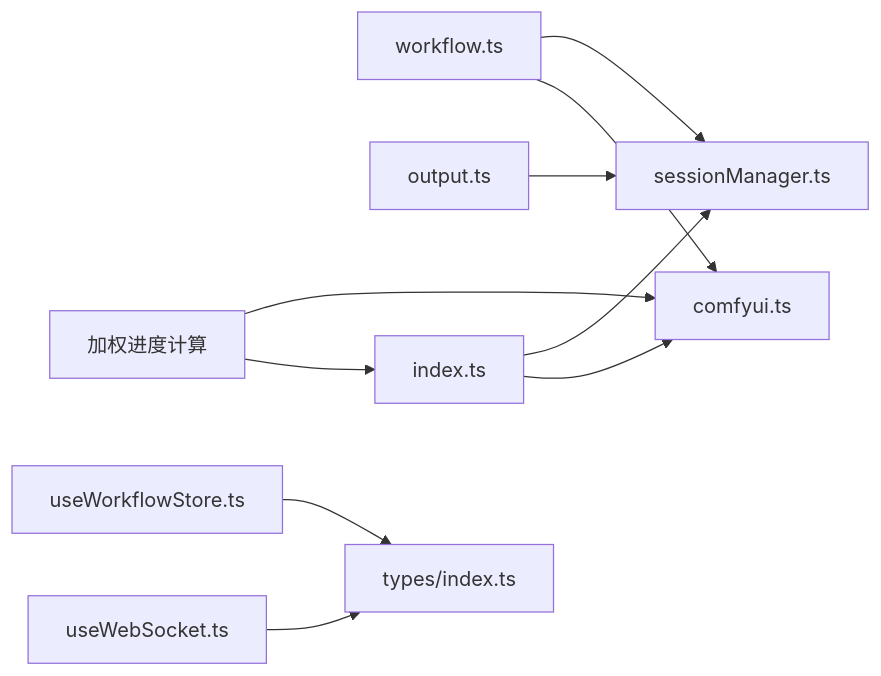
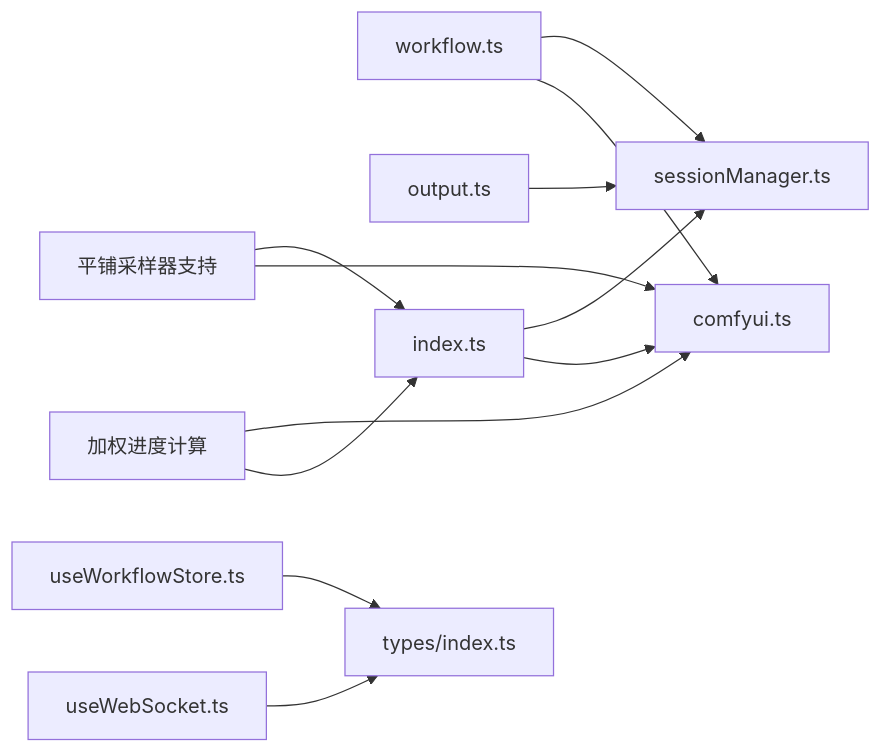
One commit to billye220670/CorineKit_Pix2Real changed the sixth of 6 diagrams in .qoder/repowiki/zh/content/后端服务/ComfyUI 集成.md. Above: the diagram before and after it, drawn with Mermaid. The commit also changed other lines of this file and 73 other files, not shown here.

````diff
--- a/.qoder/repowiki/zh/content/后端服务/ComfyUI 集成.md
+++ b/.qoder/repowiki/zh/content/后端服务/ComfyUI 集成.md
@@ -433,12 +527,14 @@
 ```mermaid
 graph LR
 WF["workflow.ts"] --> SVC["comfyui.ts"]
 WF --> SM["sessionManager.ts"]
 OUT["output.ts"] --> SM
 IDX["index.ts"] --> SVC
 IDX --> SM
 FE_WS["useWebSocket.ts"] --> FE_TYPES["types/index.ts"]
 FE_STORE["useWorkflowStore.ts"] --> FE_TYPES
 PROGRESS["加权进度计算"] --> IDX
 PROGRESS --> SVC
+TILED["平铺采样器支持"] --> SVC
+TILED --> IDX
 ```
````
